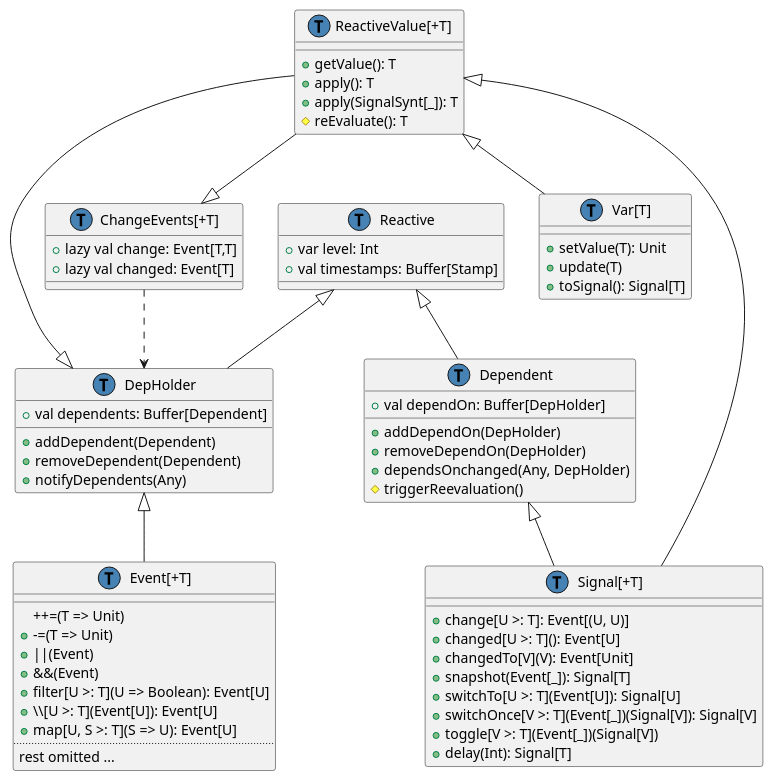
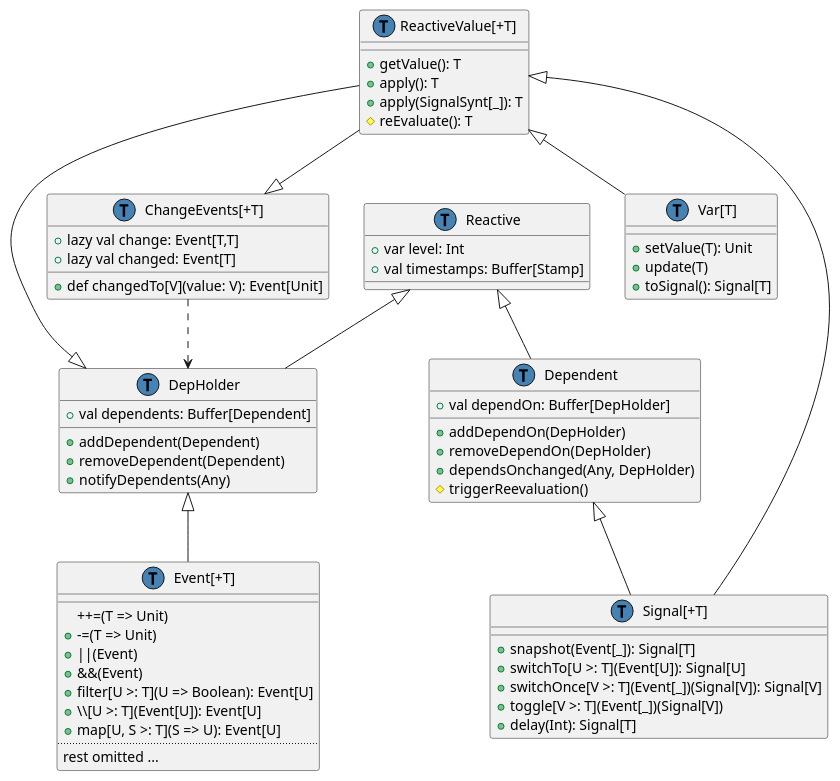
One commit to rescala-lang/REScala changed the diagram in doc/class-hierarchy/post-refactoring-may-14.plantuml. Above: the diagram before and after it, drawn with PlantUML. The commit also changed 1 other file, not shown here.

Commit message:
Move methods concerning change events into trait in uml

```diff
--- a/doc/class-hierarchy/post-refactoring-may-14.plantuml
+++ b/doc/class-hierarchy/post-refactoring-may-14.plantuml
@@ -1,85 +1,83 @@
 @startuml
 class Reactive {
   +var level: Int
   +val timestamps: Buffer[Stamp]
 }
 
 class DepHolder extends Reactive {
   +val dependents: Buffer[Dependent]
   __
   +addDependent(Dependent)
   +removeDependent(Dependent)
   +notifyDependents(Any)
 }
 
 class "ChangeEvents[+T]" as ChangeEvents {
   +lazy val change: Event[T,T]
   +lazy val changed: Event[T]
   __
+  +def changedTo[V](value: V): Event[Unit]
 }
 ChangeEvents ..> DepHolder
 
 class "ReactiveValue[+T]" as ReactiveValue {
   +getValue(): T
   +apply(): T
   +apply(SignalSynt[_]): T
   #reEvaluate(): T
 }
 ReactiveValue --|> ChangeEvents
 ReactiveValue --|> DepHolder
 
 class Dependent extends Reactive {
   +val dependOn: Buffer[DepHolder]
   __
   +addDependOn(DepHolder)
   +removeDependOn(DepHolder)
   +dependsOnchanged(Any, DepHolder)
   #triggerReevaluation()
 }
 
 class "Var[T]" as Var {
   __
   +setValue(T): Unit
   +update(T)
   +toSignal(): Signal[T]
 }
 
 ReactiveValue <|-- Var
 
 class "Signal[+T]" as Signal {
   __
-  +change[U >: T]: Event[(U, U)]
-  +changed[U >: T](): Event[U]
-  +changedTo[V](V): Event[Unit]
   +snapshot(Event[_]): Signal[T]
   +switchTo[U >: T](Event[U]): Signal[U]
   +switchOnce[V >: T](Event[_])(Signal[V]): Signal[V]
   +toggle[V >: T](Event[_])(Signal[V])
   +delay(Int): Signal[T]
 }
 
 Dependent <|-- Signal
 ReactiveValue <|-- Signal
 
 class "Event[+T]" as Event extends DepHolder {
   __
   ++=(T => Unit)
   +-=(T => Unit)
   +||(Event)
   +&&(Event)
   +filter[U >: T](U => Boolean): Event[U]
   +\\\[U >: T](Event[U]): Event[U]
   +map[U, S >: T](S => U): Event[U]
   ..
   rest omitted ...
 }
 
 class Signal << (T,#4682b4) >>
 class Var << (T,#4682b4) >>
 class DepHolder << (T,#4682b4) >>
 class Dependent << (T,#4682b4) >>
 class Reactive << (T,#4682b4) >>
 class Event << (T,#4682b4) >>
 class ReactiveValue << (T,#4682b4) >>
 class ChangeEvents << (T,#4682b4) >>
 @enduml
```
